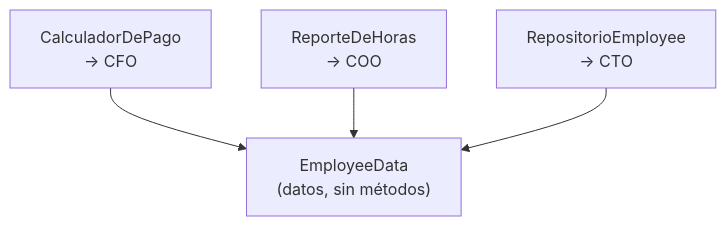
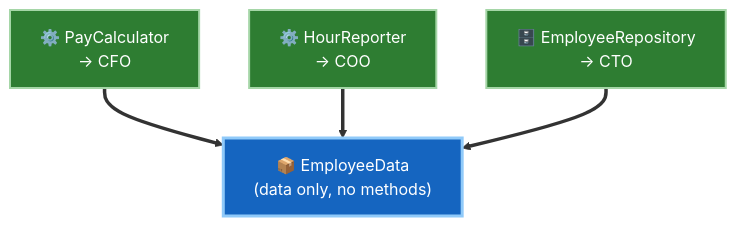
The third of 3 diagrams in 03-principios-solid/01-srp-single-responsibility.md (JavierMachucaA/clean-architecture-guia), drawn with Mermaid before and after one commit. The commit also changed other lines of this file and 45 other files, not shown here.

````diff
--- a/03-principios-solid/01-srp-single-responsibility.md
+++ b/03-principios-solid/01-srp-single-responsibility.md
@@ -67,11 +79,16 @@
 ```mermaid
 flowchart TD
-    ED["EmployeeData<br/>(datos, sin métodos)"]
-    CP["CalculadorDePago<br/>→ CFO"]
-    RH["ReporteDeHoras<br/>→ COO"]
-    GB["RepositorioEmployee<br/>→ CTO"]
+    ED["📦 EmployeeData<br/>(data only, no methods)"]
+    CP["⚙️ PayCalculator<br/>→ CFO"]
+    RH["⚙️ HourReporter<br/>→ COO"]
+    GB["🗄️ EmployeeRepository<br/>→ CTO"]
 
-    CP --> ED
-    RH --> ED
-    GB --> ED
+    CP ==> ED
+    RH ==> ED
+    GB ==> ED
+
+    style ED fill:#1565c0,stroke:#90caf9,color:#fff,stroke-width:3px
+    style CP fill:#2e7d32,stroke:#a5d6a7,color:#fff,stroke-width:2px
+    style RH fill:#2e7d32,stroke:#a5d6a7,color:#fff,stroke-width:2px
+    style GB fill:#2e7d32,stroke:#a5d6a7,color:#fff,stroke-width:2px
 ```
````
